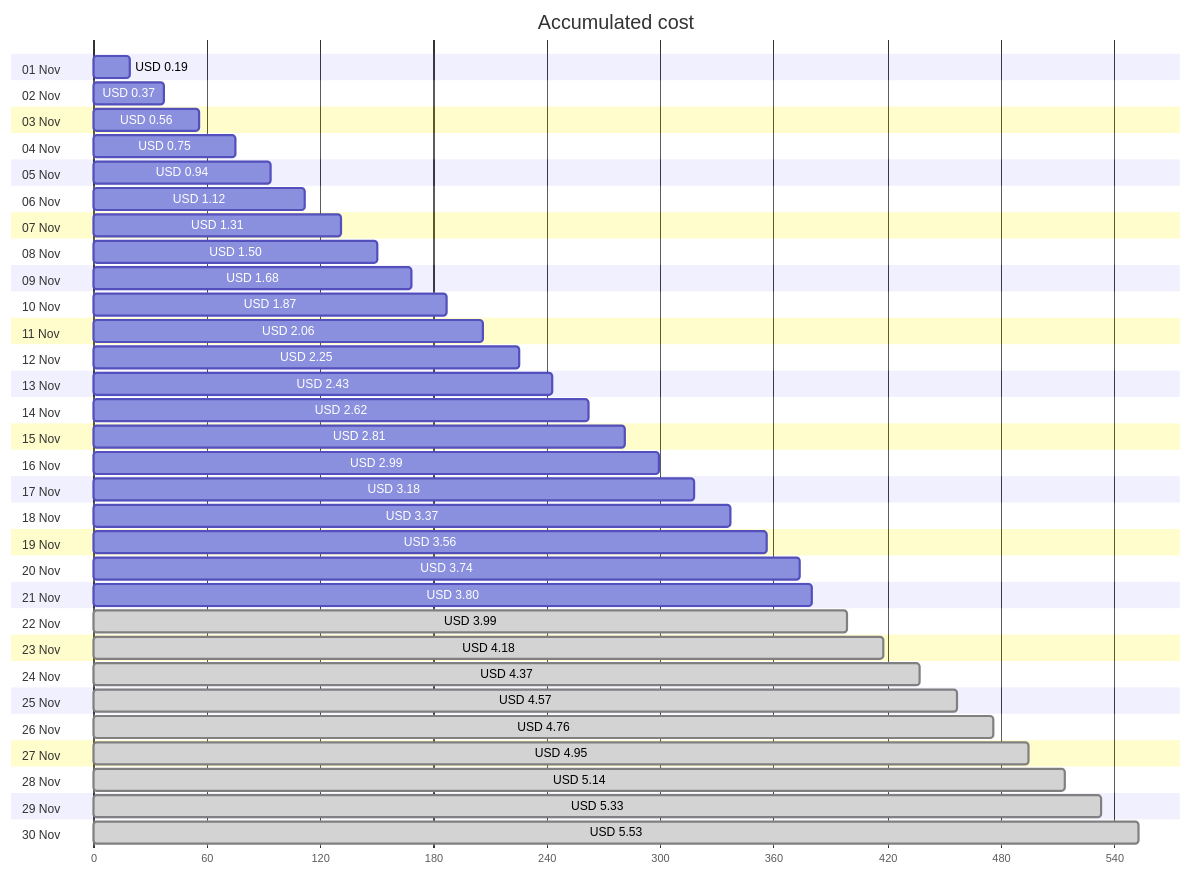
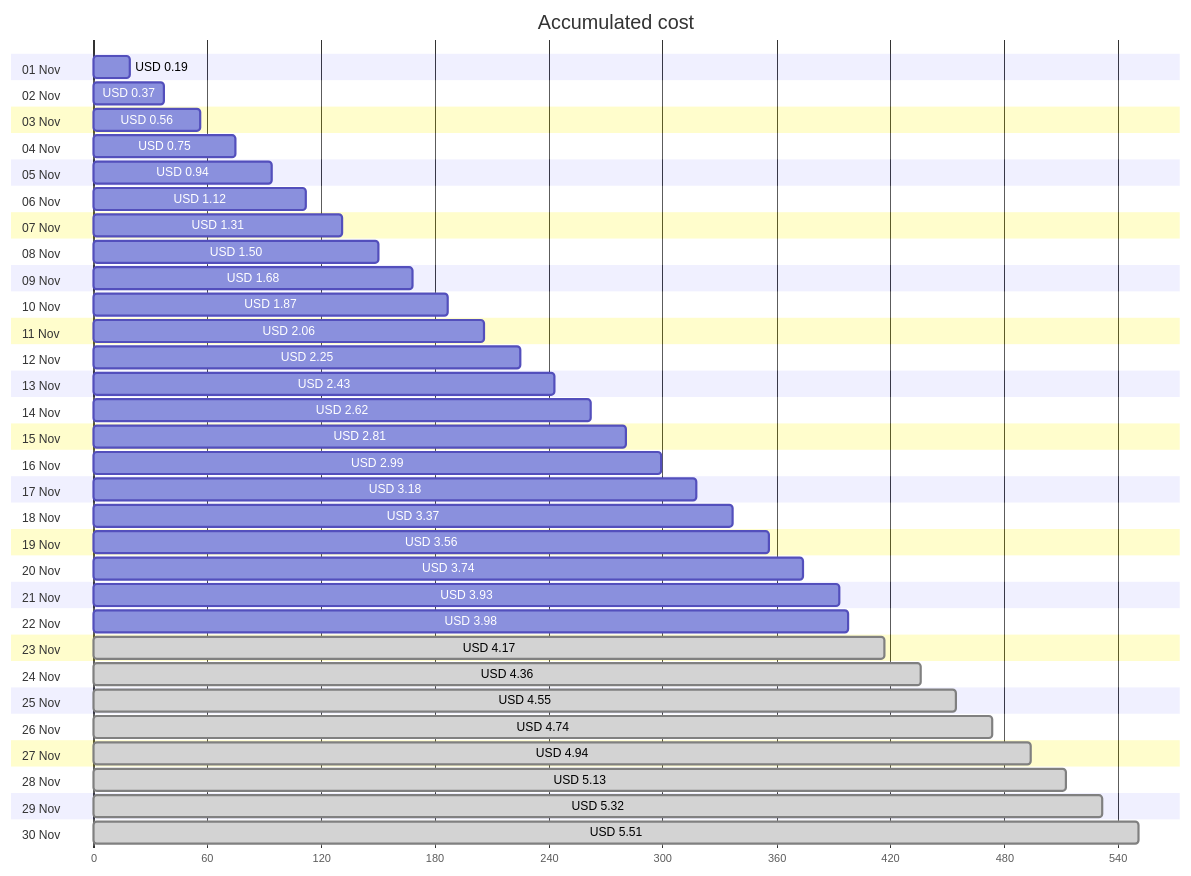
The first of 4 diagrams in cost-reports/personal-network/backup-server.md (jpfulton/azure-personal-reports), drawn with Mermaid before and after one commit. The commit also changed other lines of this file and 8 other files, not shown here.

````diff
--- a/cost-reports/personal-network/backup-server.md
+++ b/cost-reports/personal-network/backup-server.md
@@ -20,66 +20,66 @@
 ```mermaid
 gantt
    title Accumulated cost
    dateFormat  X
    axisFormat %s
    section 01 Nov
    USD 0.19 :0, 19
    section 02 Nov
    USD 0.37 :0, 37
    section 03 Nov
    USD 0.56 :0, 56
    section 04 Nov
    USD 0.75 :0, 75
    section 05 Nov
    USD 0.94 :0, 94
    section 06 Nov
    USD 1.12 :0, 112
    section 07 Nov
    USD 1.31 :0, 131
    section 08 Nov
    USD 1.50 :0, 150
    section 09 Nov
    USD 1.68 :0, 168
    section 10 Nov
    USD 1.87 :0, 187
    section 11 Nov
    USD 2.06 :0, 206
    section 12 Nov
    USD 2.25 :0, 225
    section 13 Nov
    USD 2.43 :0, 243
    section 14 Nov
    USD 2.62 :0, 262
    section 15 Nov
    USD 2.81 :0, 281
    section 16 Nov
    USD 2.99 :0, 299
    section 17 Nov
    USD 3.18 :0, 318
    section 18 Nov
    USD 3.37 :0, 337
    section 19 Nov
    USD 3.56 :0, 356
    section 20 Nov
    USD 3.74 :0, 374
    section 21 Nov
-   USD 3.80 :0, 380
+   USD 3.93 :0, 393
    section 22 Nov
-   USD 3.99 : done, 0, 399
+   USD 3.98 :0, 398
    section 23 Nov
-   USD 4.18 : done, 0, 418
+   USD 4.17 : done, 0, 417
    section 24 Nov
-   USD 4.37 : done, 0, 437
+   USD 4.36 : done, 0, 436
    section 25 Nov
-   USD 4.57 : done, 0, 457
+   USD 4.55 : done, 0, 455
    section 26 Nov
-   USD 4.76 : done, 0, 476
+   USD 4.74 : done, 0, 474
    section 27 Nov
-   USD 4.95 : done, 0, 495
+   USD 4.94 : done, 0, 494
    section 28 Nov
-   USD 5.14 : done, 0, 514
+   USD 5.13 : done, 0, 513
    section 29 Nov
-   USD 5.33 : done, 0, 533
+   USD 5.32 : done, 0, 532
    section 30 Nov
-   USD 5.53 : done, 0, 553
+   USD 5.51 : done, 0, 551
 ```
````
